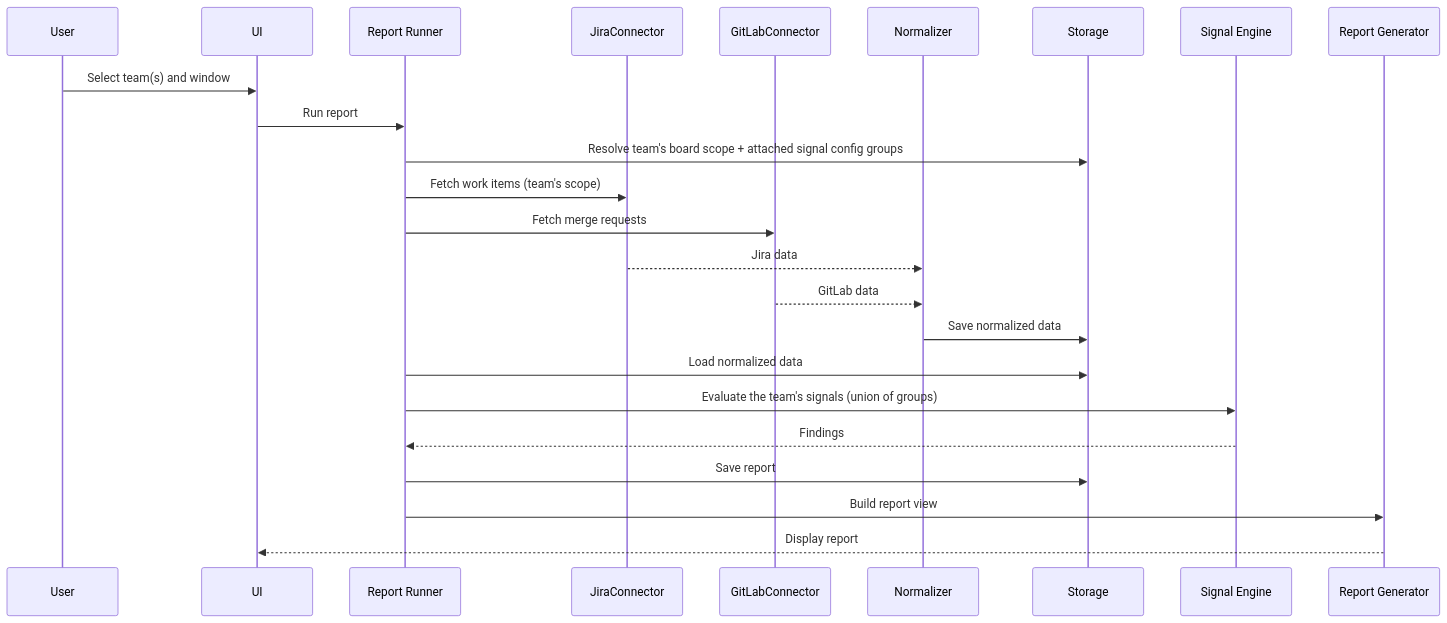
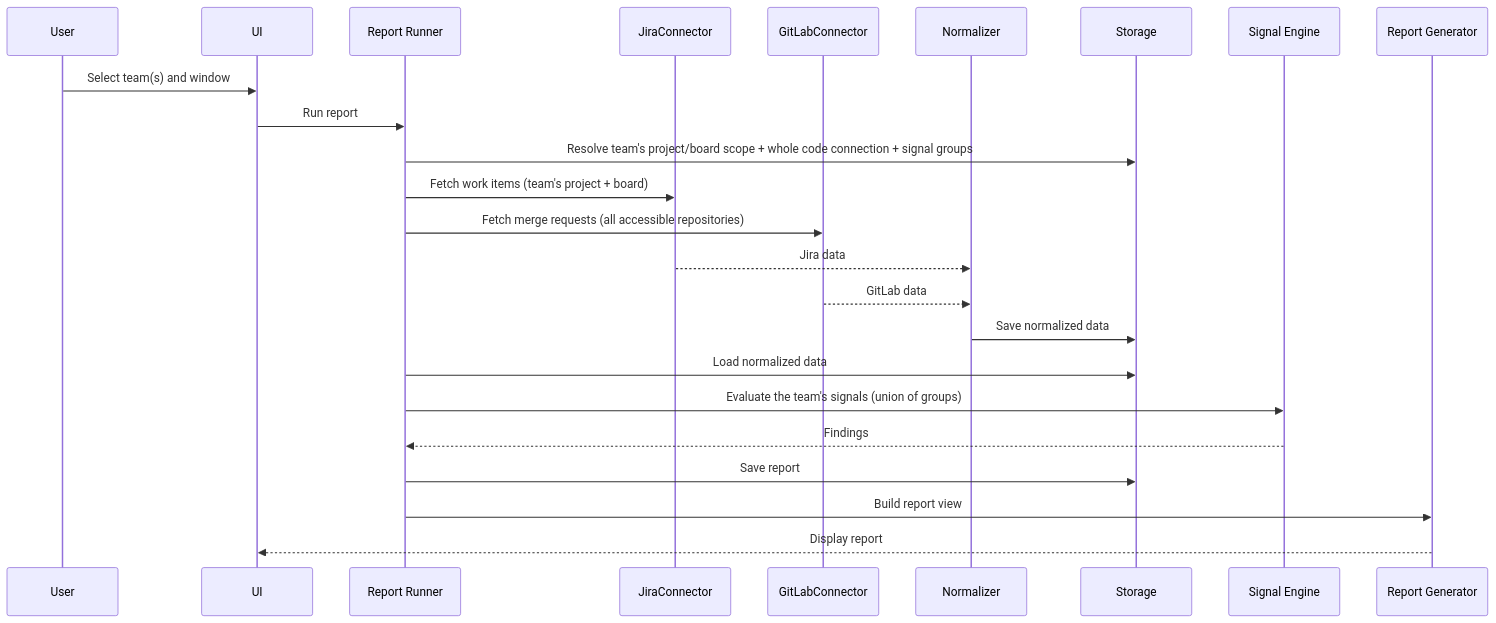
Before and after one commit to serdartas/em-radar: the eighth of 8 diagrams in docs/03-architecture-overview.md, drawn with Mermaid. The commit also changed other lines of this file and 39 other files, not shown here.

````diff
--- a/docs/03-architecture-overview.md
+++ b/docs/03-architecture-overview.md
@@ -1011,27 +1051,27 @@
 ```mermaid
 sequenceDiagram
     participant User
     participant UI
     participant Runner as Report Runner
     participant JiraConnector
     participant GitLabConnector
     participant Normalizer
     participant Store as Storage
     participant Engine as Signal Engine
     participant Report as Report Generator
 
     User->>UI: Select team(s) and window
     UI->>Runner: Run report
-    Runner->>Store: Resolve team's board scope + attached signal config groups
-    Runner->>JiraConnector: Fetch work items (team's scope)
-    Runner->>GitLabConnector: Fetch merge requests
+    Runner->>Store: Resolve team's project/board scope + whole code connection + signal groups
+    Runner->>JiraConnector: Fetch work items (team's project + board)
+    Runner->>GitLabConnector: Fetch merge requests (all accessible repositories)
     JiraConnector-->>Normalizer: Jira data
     GitLabConnector-->>Normalizer: GitLab data
     Normalizer->>Store: Save normalized data
     Runner->>Store: Load normalized data
     Runner->>Engine: Evaluate the team's signals (union of groups)
     Engine-->>Runner: Findings
     Runner->>Store: Save report
     Runner->>Report: Build report view
     Report-->>UI: Display report
 ```
````
